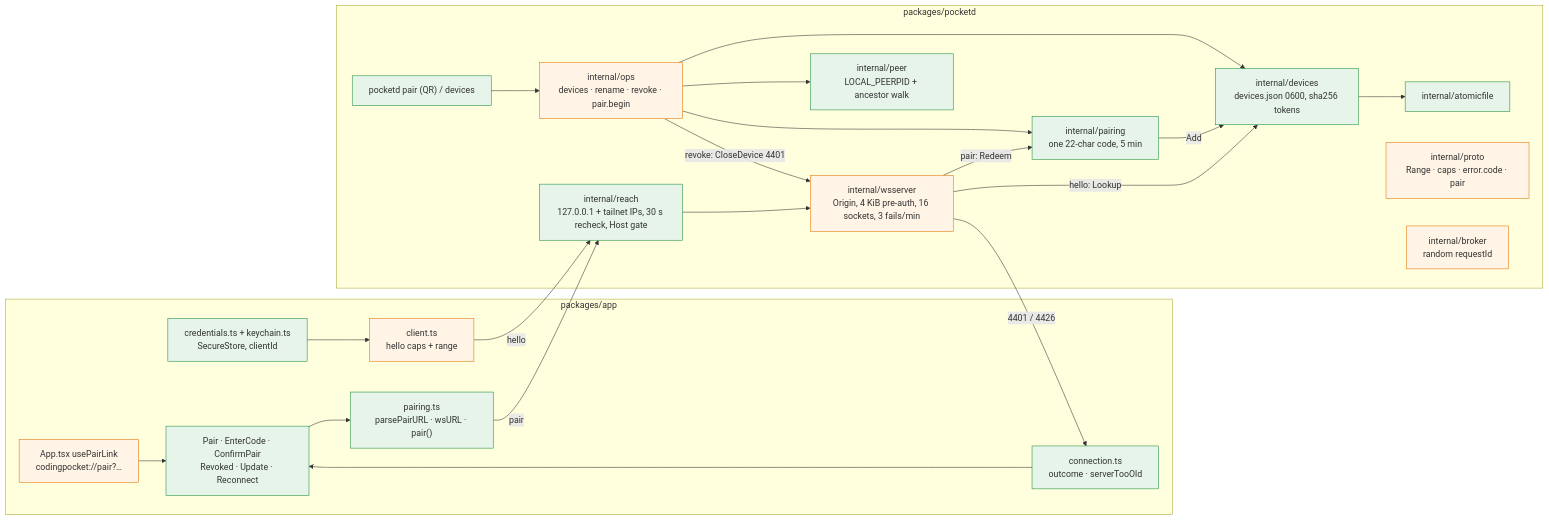
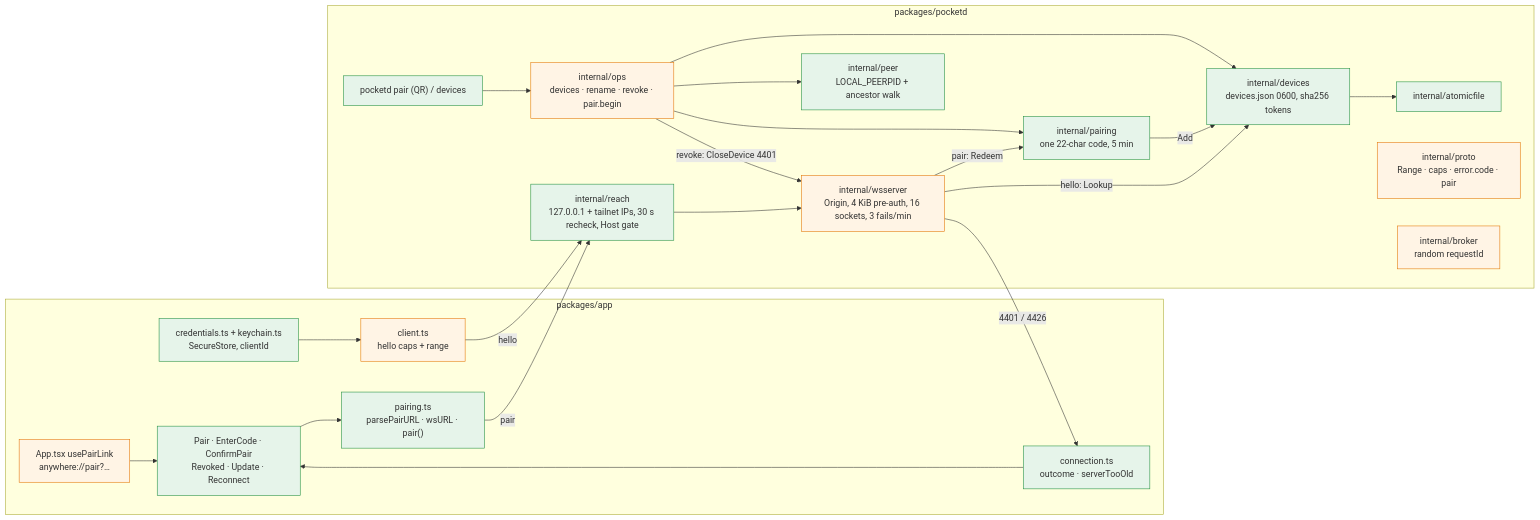
The diagram in docs/plans/2026-09-30-reach-lockdown.md (mingo023/anywhere), drawn with Mermaid before and after one commit. The commit also changed other lines of this file and 67 other files, not shown here.

````diff
--- a/docs/plans/2026-09-30-reach-lockdown.md
+++ b/docs/plans/2026-09-30-reach-lockdown.md
@@ -83,42 +83,42 @@
 ```mermaid
 flowchart LR
   classDef new fill:#e6f4ea,stroke:#1e8e3e
   classDef changed fill:#fff4e5,stroke:#e37400
   subgraph Phone["packages/app"]
-    LINK["App.tsx usePairLink<br/>codingpocket://pair?…"]:::changed
+    LINK["App.tsx usePairLink<br/>anywhere://pair?…"]:::changed
     PAIRTS["pairing.ts<br/>parsePairURL · wsURL · pair()"]:::new
     CONN["connection.ts<br/>outcome · serverTooOld"]:::new
     CRED["credentials.ts + keychain.ts<br/>SecureStore, clientId"]:::new
     CLIENT["client.ts<br/>hello caps + range"]:::changed
     SCREENS["Pair · EnterCode · ConfirmPair<br/>Revoked · Update · Reconnect"]:::new
   end
   subgraph pocketd["packages/pocketd"]
     REACH["internal/reach<br/>127.0.0.1 + tailnet IPs, 30 s recheck, Host gate"]:::new
     WS["internal/wsserver<br/>Origin, 4 KiB pre-auth, 16 sockets, 3 fails/min"]:::changed
     PAIRGO["internal/pairing<br/>one 22-char code, 5 min"]:::new
     DEV["internal/devices<br/>devices.json 0600, sha256 tokens"]:::new
     AF["internal/atomicfile"]:::new
     PEER["internal/peer<br/>LOCAL_PEERPID + ancestor walk"]:::new
     OPS["internal/ops<br/>devices · rename · revoke · pair.begin"]:::changed
     PROTO["internal/proto<br/>Range · caps · error.code · pair"]:::changed
     BR["internal/broker<br/>random requestId"]:::changed
     CLI["pocketd pair (QR) / devices"]:::new
   end
   LINK --> SCREENS
   SCREENS --> PAIRTS
   PAIRTS -->|pair| REACH
   CLIENT -->|hello| REACH
   REACH --> WS
   WS -->|hello: Lookup| DEV
   WS -->|pair: Redeem| PAIRGO
   PAIRGO -->|Add| DEV
   DEV --> AF
   CLI --> OPS
   OPS --> PEER
   OPS --> PAIRGO
   OPS --> DEV
   OPS -->|revoke: CloseDevice 4401| WS
   WS -->|4401 / 4426| CONN
   CONN --> SCREENS
   CRED --> CLIENT
 ```
````
